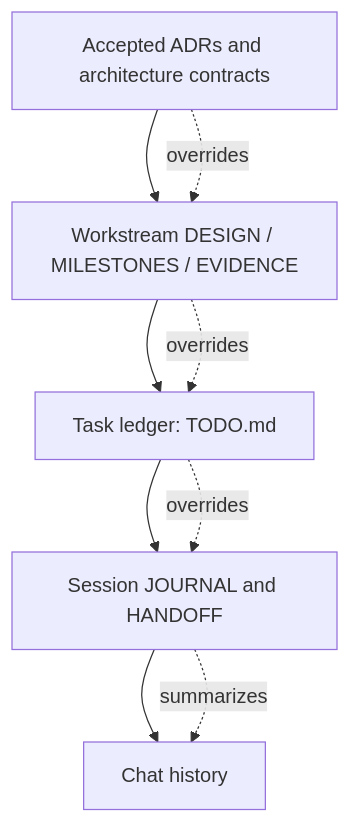
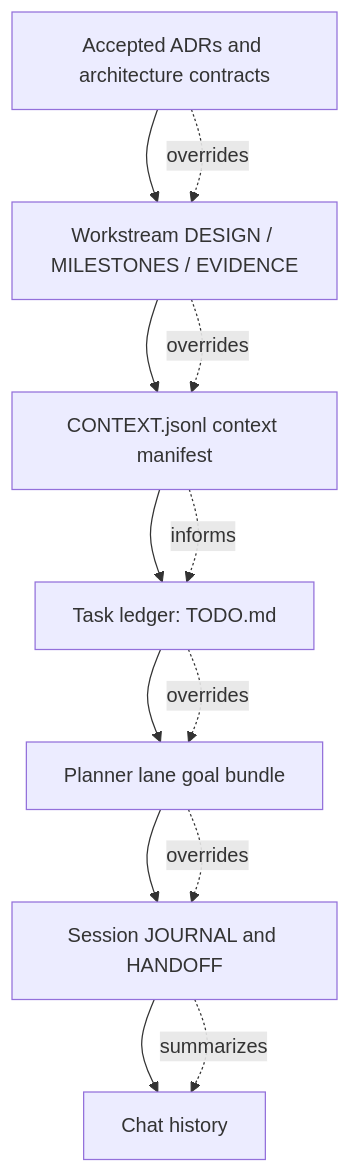
One commit to Latias94/dev-skills changed the second of 3 diagrams in docs/workflow.md. Above: the diagram before and after it, drawn with Mermaid. The commit also changed other lines of this file and 29 other files, not shown here.

Commit message:
feat: add lane goal bundle workflow

````diff
--- a/docs/workflow.md
+++ b/docs/workflow.md
@@ -77,12 +78,16 @@
 ```mermaid
 flowchart TD
   ADR[Accepted ADRs and architecture contracts] --> Design[Workstream DESIGN / MILESTONES / EVIDENCE]
-  Design --> Ledger[Task ledger: TODO.md]
-  Ledger --> Journal[Session JOURNAL and HANDOFF]
+  Design --> Context[CONTEXT.jsonl context manifest]
+  Context --> Ledger[Task ledger: TODO.md]
+  Ledger --> Bundle[Planner lane goal bundle]
+  Bundle --> Journal[Session JOURNAL and HANDOFF]
   Journal --> Chat[Chat history]
 
   ADR -. overrides .-> Design
-  Design -. overrides .-> Ledger
-  Ledger -. overrides .-> Journal
+  Design -. overrides .-> Context
+  Context -. informs .-> Ledger
+  Ledger -. overrides .-> Bundle
+  Bundle -. overrides .-> Journal
   Journal -. summarizes .-> Chat
 ```
````
